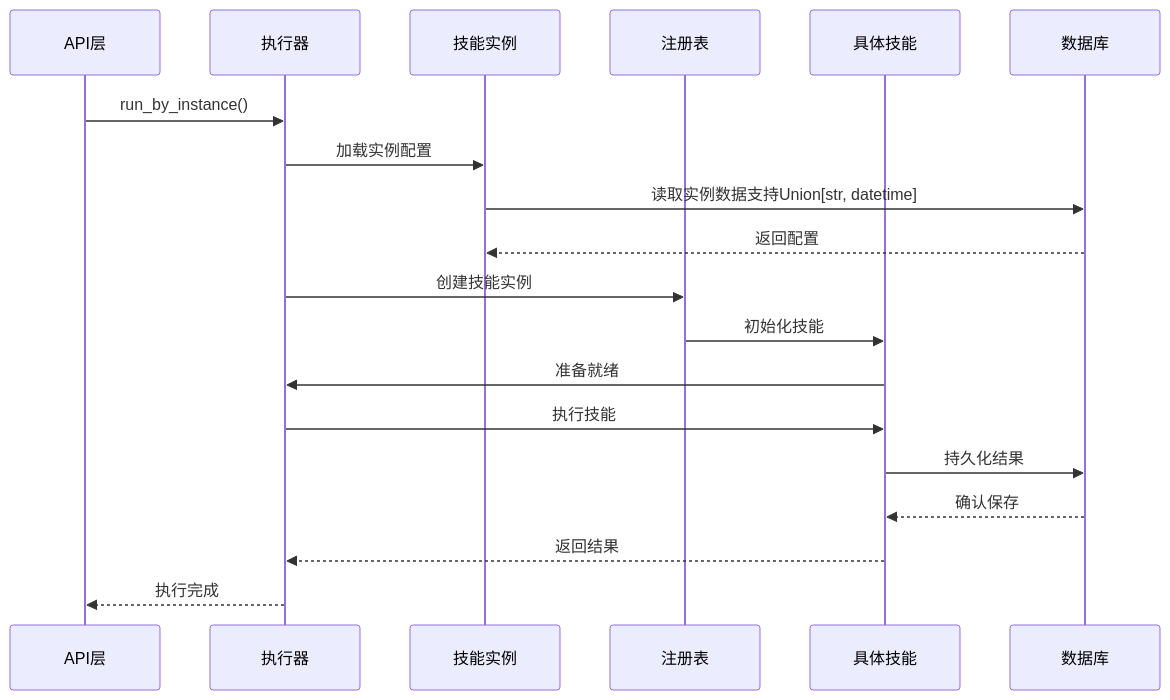
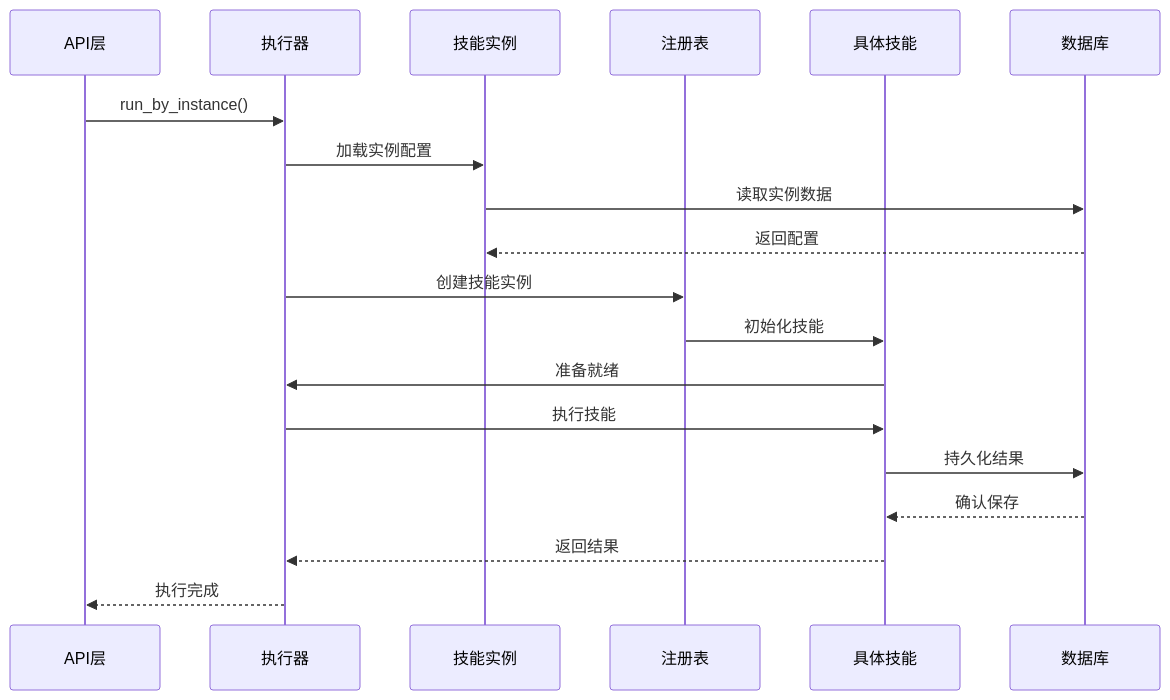
Before and after one commit to jackeyunjie/open-notebook: the sixth of 16 diagrams in .qoder/repowiki/zh/content/API参考文档/技能系统API.md, drawn with Mermaid. The commit also changed other lines of this file and 11 other files, not shown here.

````diff
--- a/.qoder/repowiki/zh/content/API参考文档/技能系统API.md
+++ b/.qoder/repowiki/zh/content/API参考文档/技能系统API.md
@@ -376,21 +398,21 @@
 ```mermaid
 sequenceDiagram
 participant API as API层
 participant Runner as 执行器
 participant Instance as 技能实例
 participant Registry as 注册表
 participant Skill as 具体技能
 participant DB as 数据库
 API->>Runner : run_by_instance()
 Runner->>Instance : 加载实例配置
-Instance->>DB : 读取实例数据支持Union[str, datetime]
+Instance->>DB : 读取实例数据
 DB-->>Instance : 返回配置
 Runner->>Registry : 创建技能实例
 Registry->>Skill : 初始化技能
 Skill->>Runner : 准备就绪
 Runner->>Skill : 执行技能
 Skill->>DB : 持久化结果
 DB-->>Skill : 确认保存
 Skill-->>Runner : 返回结果
 Runner-->>API : 执行完成
 ```
````
